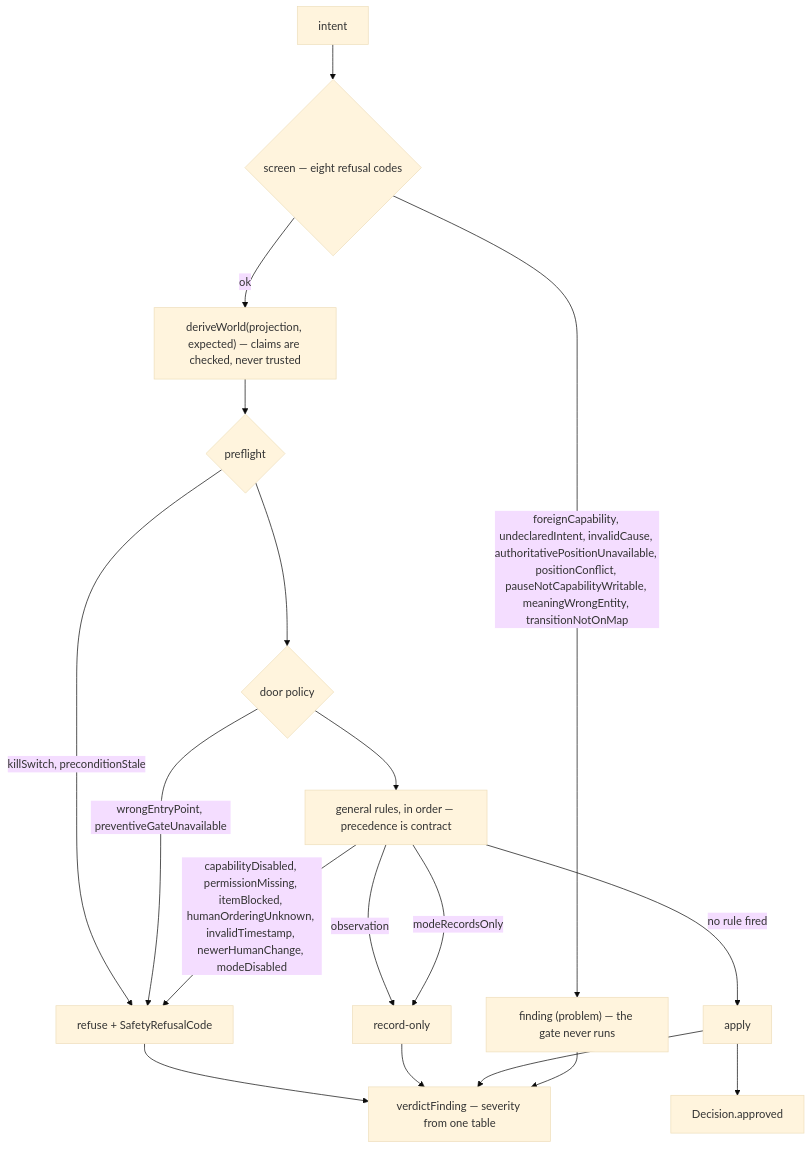
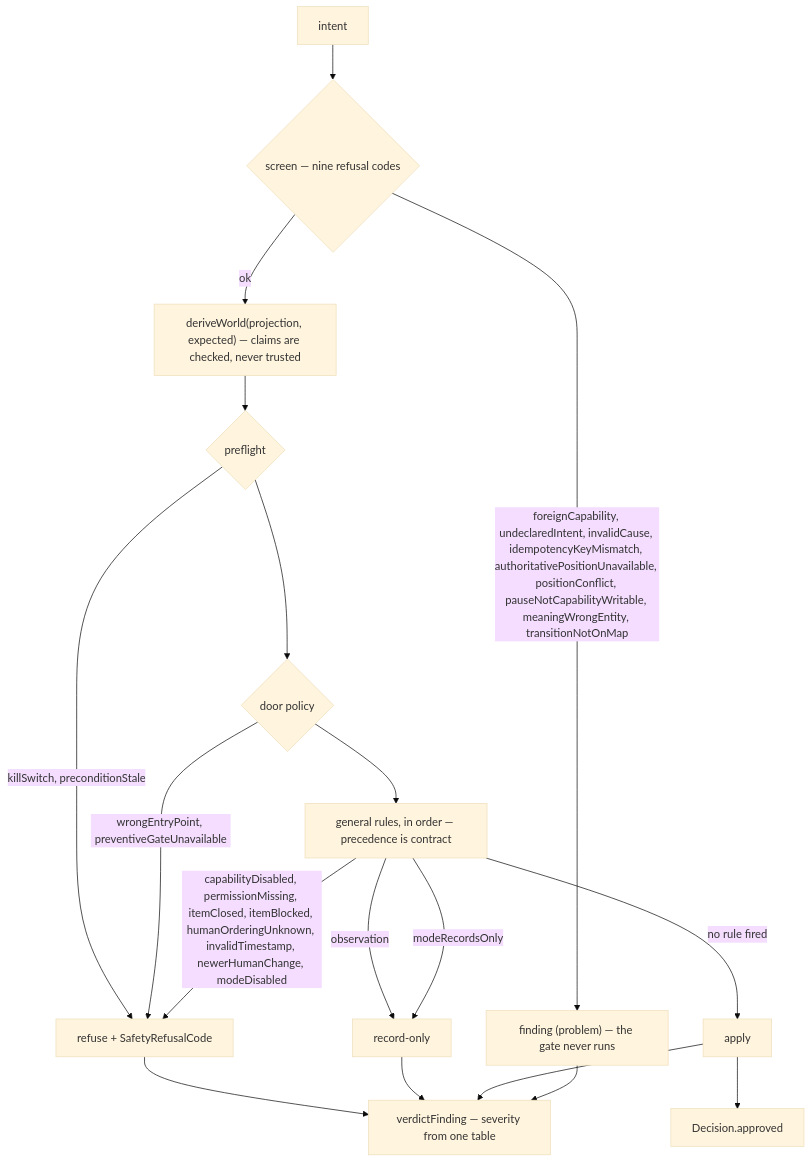
Before and after one commit to exploreriii/sdk-automations: the sixth of 9 diagrams in design/architecture.md, drawn with Mermaid (base theme). The commit also changed other lines of this file and 15 other files, not shown here.

````diff
--- a/design/architecture.md
+++ b/design/architecture.md
@@ -164,20 +164,20 @@
 ```mermaid
 flowchart TD
-    I["intent"] --> SC{"screen — eight refusal codes"}
-    SC -->|"foreignCapability, undeclaredIntent, invalidCause, authoritativePositionUnavailable, positionConflict, pauseNotCapabilityWritable, meaningWrongEntity, transitionNotOnMap"| SF["finding (problem) — the gate never runs"]
+    I["intent"] --> SC{"screen — nine refusal codes"}
+    SC -->|"foreignCapability, undeclaredIntent, invalidCause, idempotencyKeyMismatch, authoritativePositionUnavailable, positionConflict, pauseNotCapabilityWritable, meaningWrongEntity, transitionNotOnMap"| SF["finding (problem) — the gate never runs"]
     SC -->|ok| DW["deriveWorld(projection, expected) — claims are checked, never trusted"]
     DW --> PRE{"preflight"}
     PRE -->|"killSwitch, preconditionStale"| R
     PRE --> DOOR{"door policy"}
     DOOR -->|"wrongEntryPoint, preventiveGateUnavailable"| R
     DOOR --> GEN["general rules, in order — precedence is contract"]
     GEN -->|observation| RO["record-only"]
-    GEN -->|"capabilityDisabled, permissionMissing, itemBlocked, humanOrderingUnknown, invalidTimestamp, newerHumanChange, modeDisabled"| R["refuse + SafetyRefusalCode"]
+    GEN -->|"capabilityDisabled, permissionMissing, itemClosed, itemBlocked, humanOrderingUnknown, invalidTimestamp, newerHumanChange, modeDisabled"| R["refuse + SafetyRefusalCode"]
     GEN -->|modeRecordsOnly| RO
     GEN -->|"no rule fired"| AP["apply"]
     AP --> APPR["Decision.approved"]
     R --> F["verdictFinding — severity from one table"]
     RO --> F
     AP --> F
     SF --> F
 ```
````
